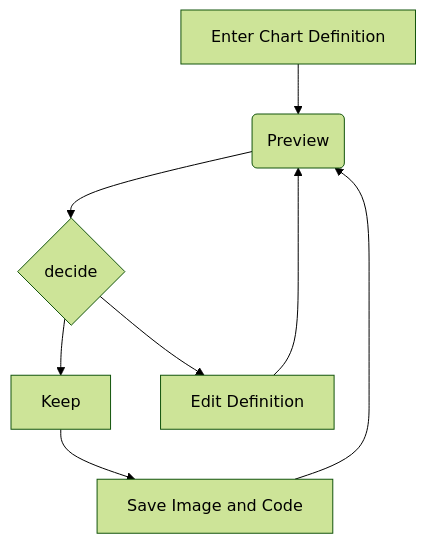
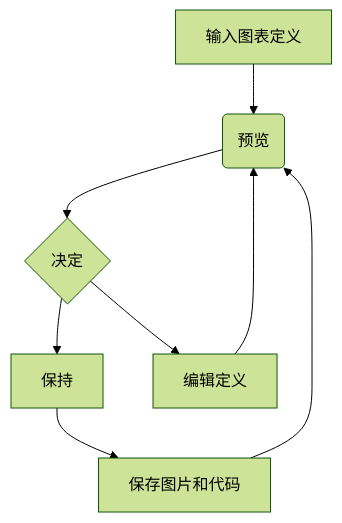
Before and after one commit to KebenSun/Blog: the diagram in public/theme-documentation-content/index.md, drawn with Mermaid (forest theme). The commit also changed other lines of this file and 236 other files, not shown here.

````diff
--- a/public/theme-documentation-content/index.md
+++ b/public/theme-documentation-content/index.md
@@ -236,10 +235,10 @@
 ```mermaid
 graph TD
-    A[Enter Chart Definition] --> B(Preview)
-    B --> C{decide}
-    C --> D[Keep]
-    C --> E[Edit Definition]
+    A[输入图表定义] --> B(预览)
+    B --> C{决定}
+    C --> D[保持]
+    C --> E[编辑定义]
     E --> B
-    D --> F[Save Image and Code]
+    D --> F[保存图片和代码]
     F --> B
 ```
````
